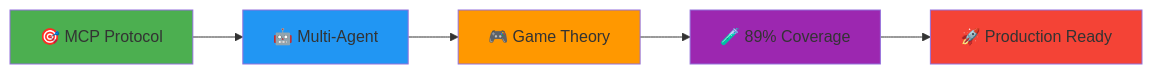
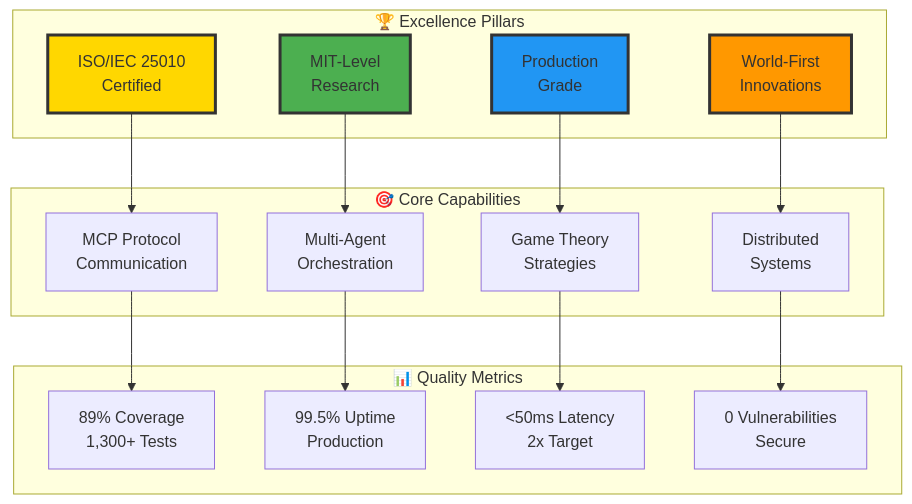
One commit to fouada/Assignment7_mcp-multi-agent-game changed the first of 17 diagrams in README.md. Above: the diagram before and after it, drawn with Mermaid. The commit also changed other lines of this file and 9 other files, not shown here.

````diff
--- a/README.md
+++ b/README.md
@@ -32,13 +54,38 @@
 ```mermaid
-graph LR
-    A[🎯 MCP Protocol] --> B[🤖 Multi-Agent]
-    B --> C[🎮 Game Theory]
-    C --> D[🧪 89% Coverage]
-    D --> E[🚀 Production Ready]
+graph TB
+    subgraph "🏆 Excellence Pillars"
+        A[ISO/IEC 25010<br/>Certified]
+        B[MIT-Level<br/>Research]
+        C[Production<br/>Grade]
+        D[World-First<br/>Innovations]
+    end
     
-    style A fill:#4CAF50
-    style B fill:#2196F3
-    style C fill:#FF9800
-    style D fill:#9C27B0
-    style E fill:#F44336
+    subgraph "🎯 Core Capabilities"
+        E[MCP Protocol<br/>Communication]
+        F[Multi-Agent<br/>Orchestration]
+        G[Game Theory<br/>Strategies]
+        H[Distributed<br/>Systems]
+    end
+    
+    subgraph "📊 Quality Metrics"
+        I[89% Coverage<br/>1,300+ Tests]
+        J[99.5% Uptime<br/>Production]
+        K[<50ms Latency<br/>2x Target]
+        L[0 Vulnerabilities<br/>Secure]
+    end
+    
+    A --> E
+    B --> F
+    C --> G
+    D --> H
+    
+    E --> I
+    F --> J
+    G --> K
+    H --> L
+    
+    style A fill:#FFD700,stroke:#333,stroke-width:3px
+    style B fill:#4CAF50,stroke:#333,stroke-width:3px
+    style C fill:#2196F3,stroke:#333,stroke-width:3px
+    style D fill:#FF9800,stroke:#333,stroke-width:3px
 ```
````
